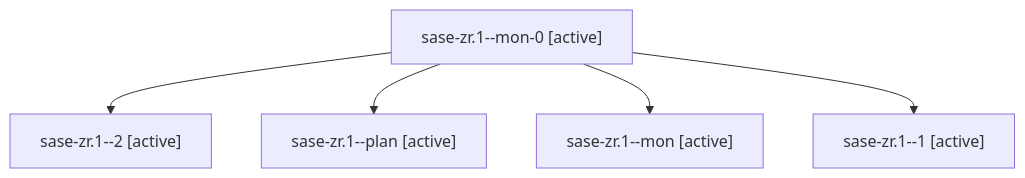
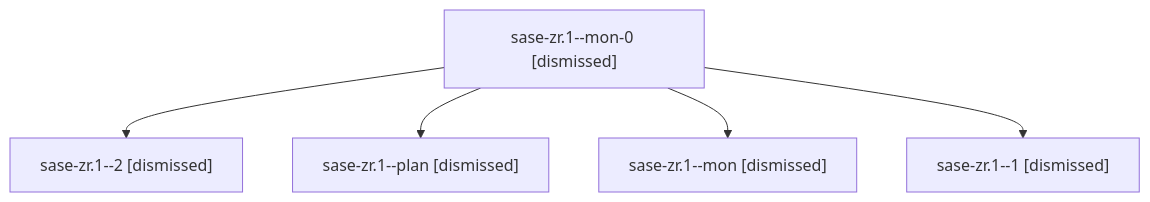
Before and after one commit to sase-org/sase--agents: the diagram in sessions/bbugyi200.apollo.sase-zr.1.md, drawn with Mermaid. The commit also changed other lines of this file and 190 other files, not shown here.

````diff
--- a/sessions/bbugyi200.apollo.sase-zr.1.md
+++ b/sessions/bbugyi200.apollo.sase-zr.1.md
@@ -9,12 +9,12 @@
 ```mermaid
 flowchart TD
-  n0["sase-zr.1--mon-0 [active]"]
-  n1["sase-zr.1--2 [active]"]
+  n0["sase-zr.1--mon-0 [dismissed]"]
+  n1["sase-zr.1--2 [dismissed]"]
   n0 --> n1
-  n2["sase-zr.1--plan [active]"]
+  n2["sase-zr.1--plan [dismissed]"]
   n0 --> n2
-  n3["sase-zr.1--mon [active]"]
+  n3["sase-zr.1--mon [dismissed]"]
   n0 --> n3
-  n4["sase-zr.1--1 [active]"]
+  n4["sase-zr.1--1 [dismissed]"]
   n0 --> n4
 ```
````
